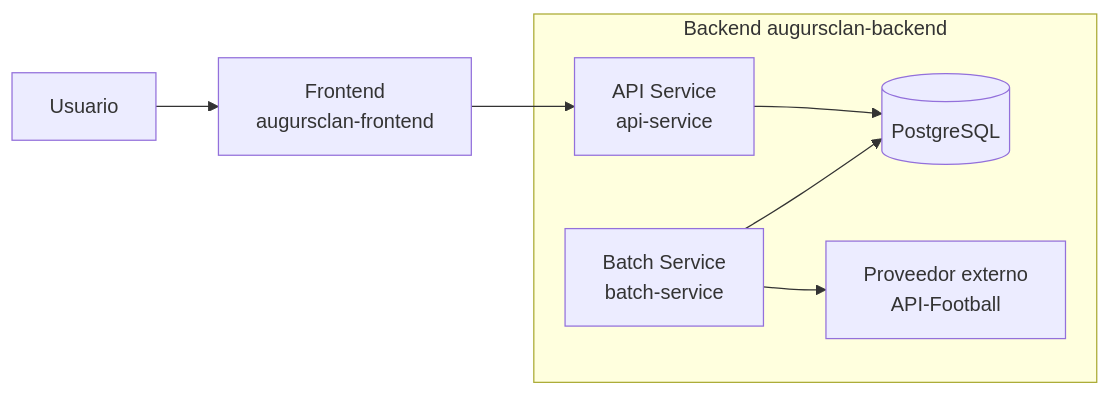
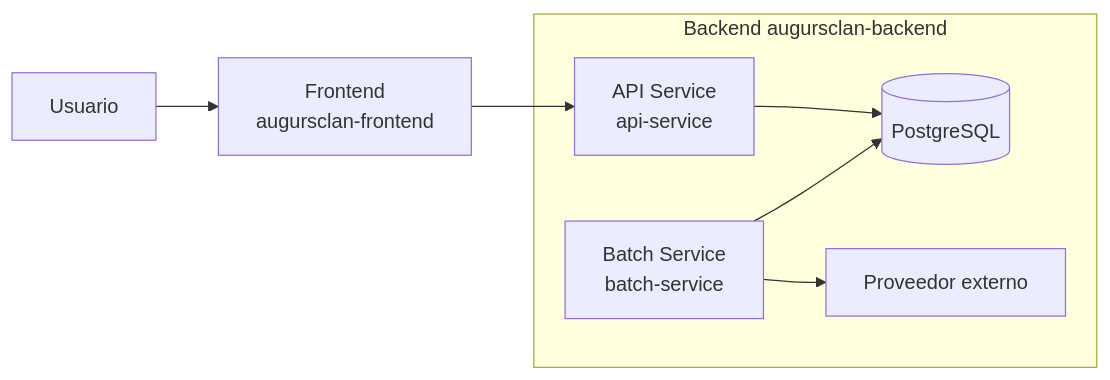
The first of 2 diagrams in README.md (augursclan/augursclan-overview), drawn with Mermaid before and after one commit. The commit also changed other lines of this file and 13 other files, not shown here.

````diff
--- a/README.md
+++ b/README.md
@@ -50,11 +72,11 @@
 ```mermaid
 flowchart LR
   U[Usuario] --> FE[Frontend<br/>augursclan-frontend]
   FE --> API[API Service<br/>api-service]
 
   subgraph Backend [Backend augursclan-backend]
     API --> DB[(PostgreSQL)]
-    BATCH[Batch Service<br/>batch-service] --> EXT[Proveedor externo<br/>API-Football]
+    BATCH[Batch Service<br/>batch-service] --> EXT[Proveedor externo]
     BATCH --> DB
   end
 ```
````
